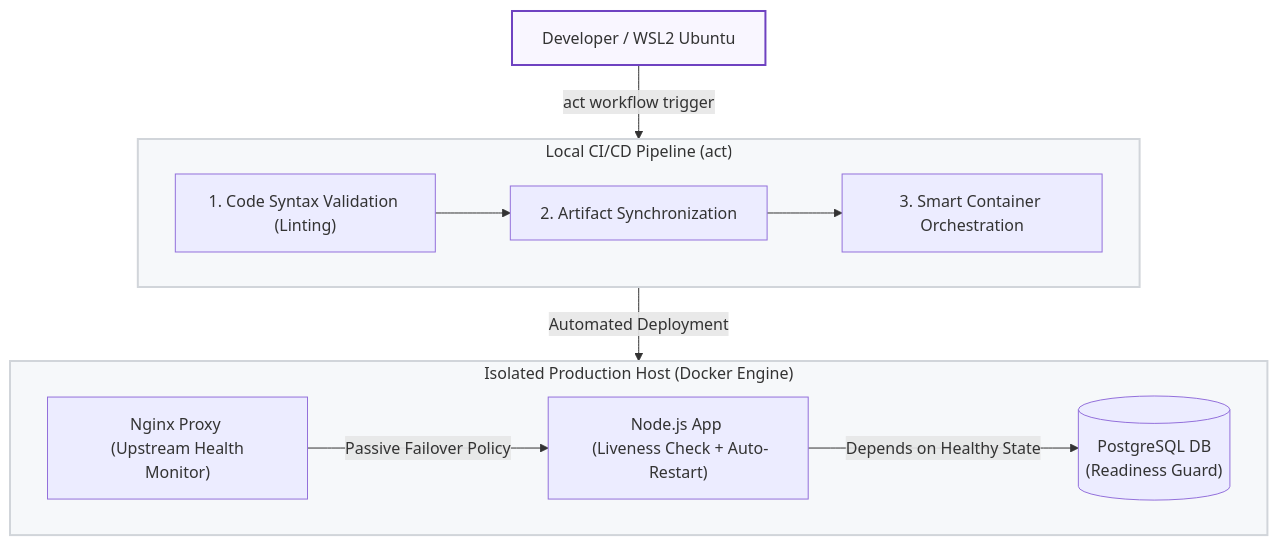
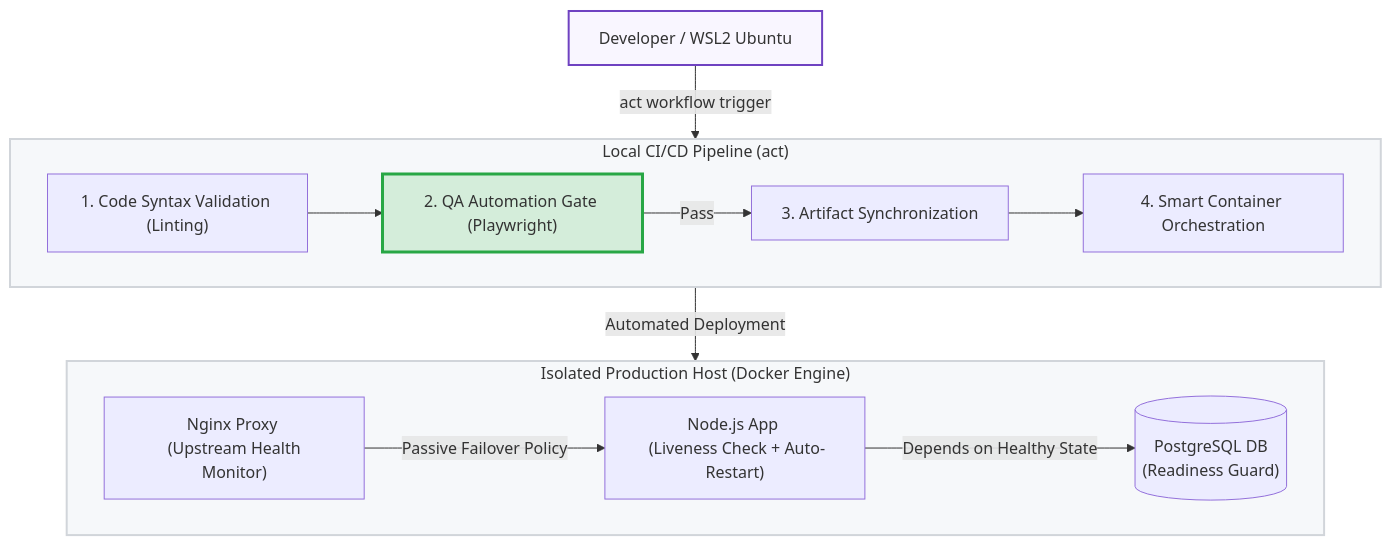
One commit to aradea-dev/devops_gpstrack_server changed the diagram in README.md. Above: the diagram before and after it, drawn with Mermaid. The commit also changed other lines of this file and 5 other files, not shown here.

````diff
--- a/README.md
+++ b/README.md
@@ -13,31 +13,34 @@
 ```mermaid
 graph TB
     %% Nodes
     Dev["Developer / WSL2 Ubuntu"]
     
     subgraph Pipeline ["Local CI/CD Pipeline (act)"]
         Step1["1. Code Syntax Validation (Linting)"]
-        Step2["2. Artifact Synchronization"]
-        Step3["3. Smart Container Orchestration"]
-        
-        Step1 --> Step2 --> Step3
+        StepQA["2. QA Automation Gate (Playwright)"]
+	Step2["3. Artifact Synchronization"]
+        Step3["4. Smart Container Orchestration"]
+        Step1 --> StepQA
+	StepQA --> |Pass| Step2
+	Step2 --> Step3
     end
 
     subgraph Host ["Isolated Production Host (Docker Engine)"]
         Nginx["Nginx Proxy <br> (Upstream Health Monitor)"]
         App["Node.js App <br> (Liveness Check + Auto-Restart)"]
         DB[("PostgreSQL DB <br> (Readiness Guard)")]
         
         Nginx -->|Passive Failover Policy| App
         App -->|Depends on Healthy State| DB
     end
 
     %% Flows / Connections
     Dev -->|act workflow trigger| Pipeline
     Pipeline -->|Automated Deployment| Host
 
     %% Styling
     style Dev fill:#f9f6ff,stroke:#6f42c1,stroke-width:2px
+    style StepQA fill:#d4edda,stroke:#28a745,stroke-width:3px
     style Pipeline fill:#f6f8fa,stroke:#d1d5da,stroke-width:2px
     style Host fill:#f6f8fa,stroke:#d1d5da,stroke-width:2px
 ```
````
